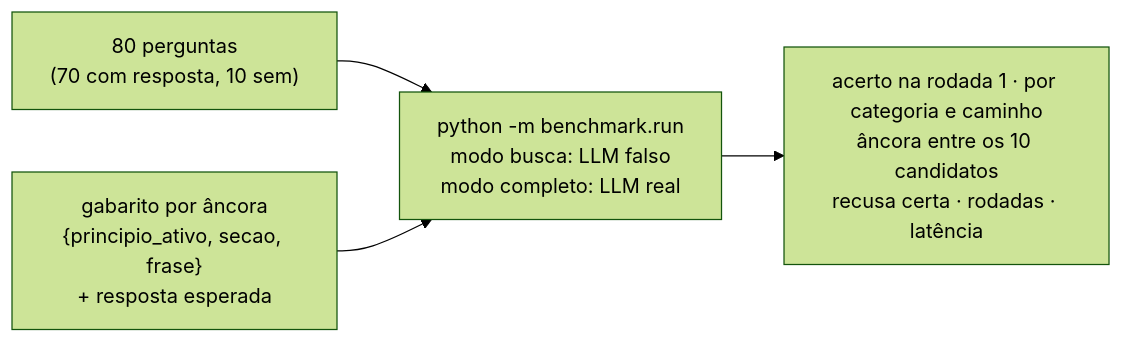
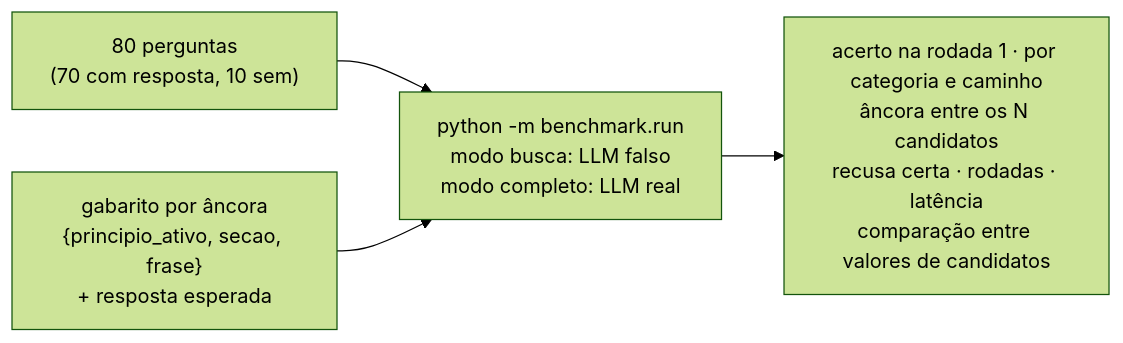
The fifth of 5 diagrams in README.md (umdevaprendiz/farma-rag), drawn with Mermaid (forest theme) before and after one commit. The commit also changed other lines of this file and 12 other files, not shown here.

````diff
--- a/README.md
+++ b/README.md
@@ -376,6 +376,6 @@
 ```mermaid
 flowchart LR
   Q["80 perguntas<br/>(70 com resposta, 10 sem)"] --> RUN["python -m benchmark.run<br/>modo busca: LLM falso<br/>modo completo: LLM real"]
   GAB["gabarito por âncora<br/>{principio_ativo, secao, frase}<br/>+ resposta esperada"] --> RUN
-  RUN --> OUT["acerto na rodada 1 · por categoria e caminho<br/>âncora entre os 10 candidatos<br/>recusa certa · rodadas · latência"]
+  RUN --> OUT["acerto na rodada 1 · por categoria e caminho<br/>âncora entre os N candidatos<br/>recusa certa · rodadas · latência<br/>comparação entre valores de candidatos"]
 ```
````
